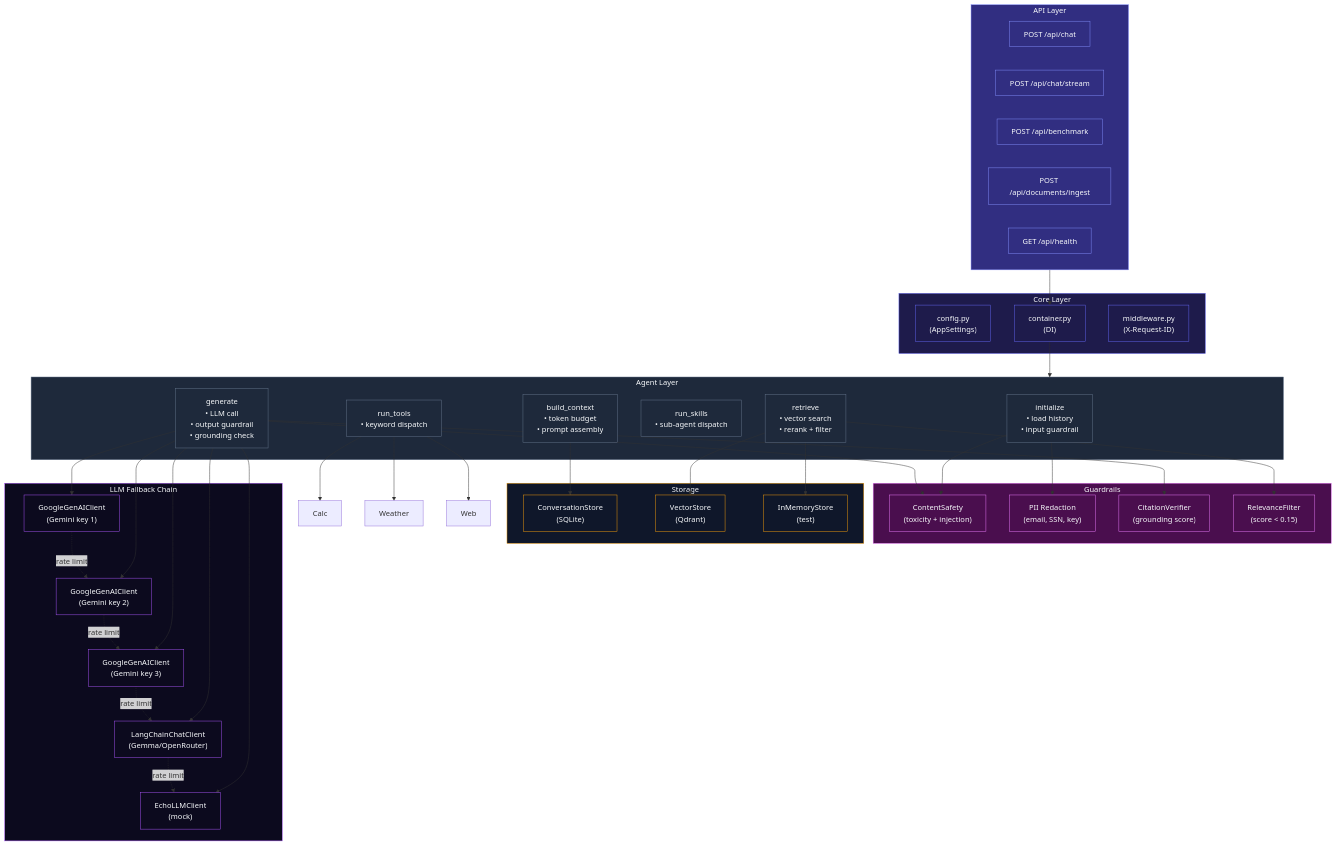
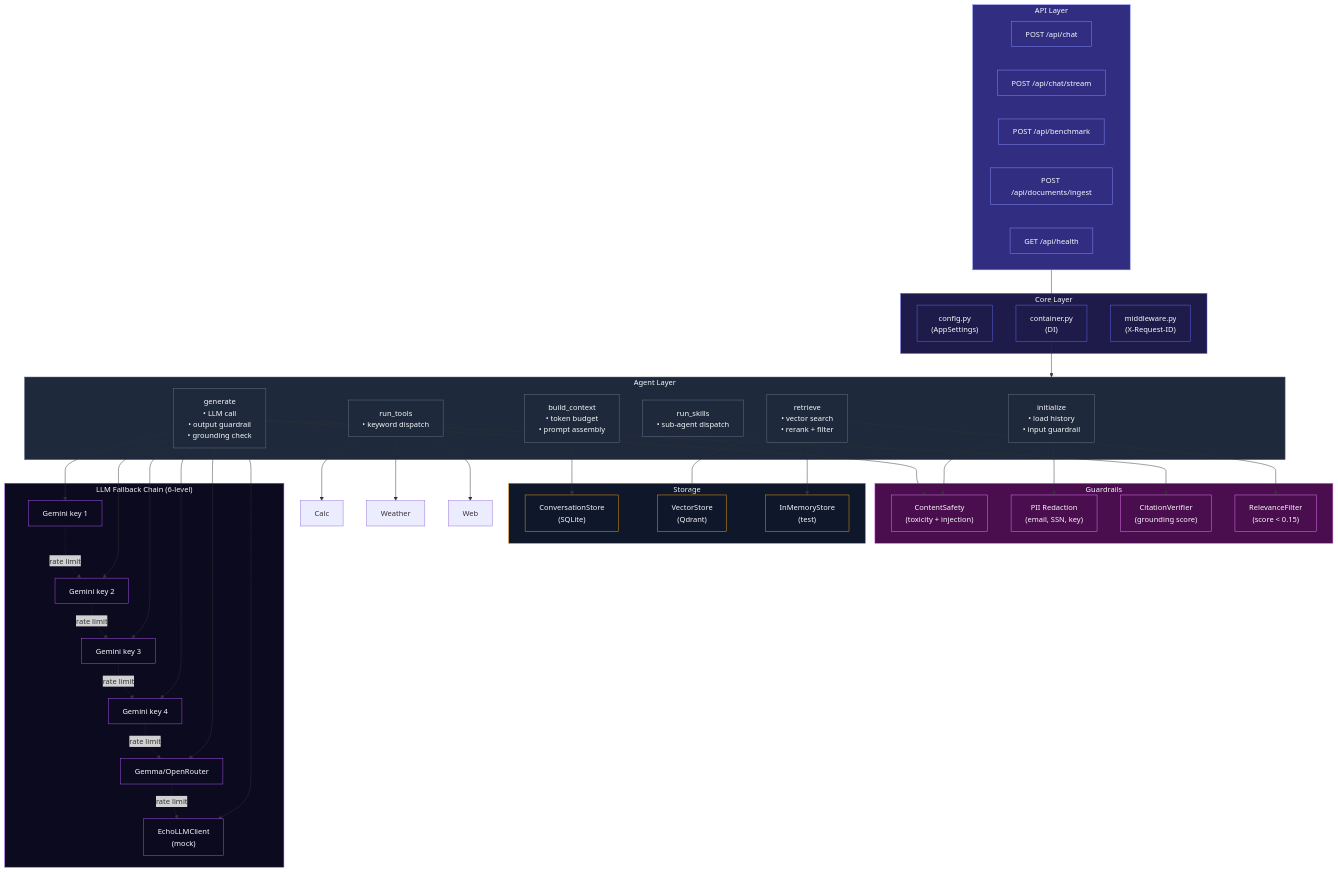
Before and after one commit to DIP-RO/Naive-RAG-and-StreamRAG-Benchmarking-Application: the second of 3 diagrams in README.md, drawn with Mermaid. The commit also changed other lines of this file and 4 other files, not shown here.

Commit message:
feat: 4th Gemini fallback key, docker-compose google env vars, comprehensive benchmark section

````diff
--- a/README.md
+++ b/README.md
@@ -105,11 +105,12 @@
         MemStore["InMemoryStore<br/>(test)"]
     end
 
-    subgraph LLM["LLM Fallback Chain"]
-        GC["GoogleGenAIClient<br/>(Gemini key 1)"]
-        GF1["GoogleGenAIClient<br/>(Gemini key 2)"]
-        GF2["GoogleGenAIClient<br/>(Gemini key 3)"]
-        GR["LangChainChatClient<br/>(Gemma/OpenRouter)"]
+    subgraph LLM["LLM Fallback Chain (6-level)"]
+        GC["Gemini key 1"]
+        GF1["Gemini key 2"]
+        GF2["Gemini key 3"]
+        GF3["Gemini key 4"]
+        GR["Gemma/OpenRouter"]
         Echo["EchoLLMClient<br/>(mock)"]
     end
 
@@ -123,11 +124,13 @@
     Gen --> GC
     Gen --> GF1
     Gen --> GF2
+    Gen --> GF3
     Gen --> GR
     Gen --> Echo
     GC -. rate limit .-> GF1
     GF1 -. rate limit .-> GF2
-    GF2 -. rate limit .-> GR
+    GF2 -. rate limit .-> GF3
+    GF3 -. rate limit .-> GR
     GR -. rate limit .-> Echo
     Ctx --> SQL
     Retrieve --> Qdrant
@@ -147,5 +150,5 @@
     class Agent,Init,Retrieve,Tools,Skills,Ctx,Gen agent
     class Guard,Safety,PII,Cite,Rel guard
     class Storage,SQL,Qdrant,MemStore storage
-    class LLM,GC,GF1,GF2,GR,Echo llm
+    class LLM,GC,GF1,GF2,GF3,GR,Echo llm
 ```
````
